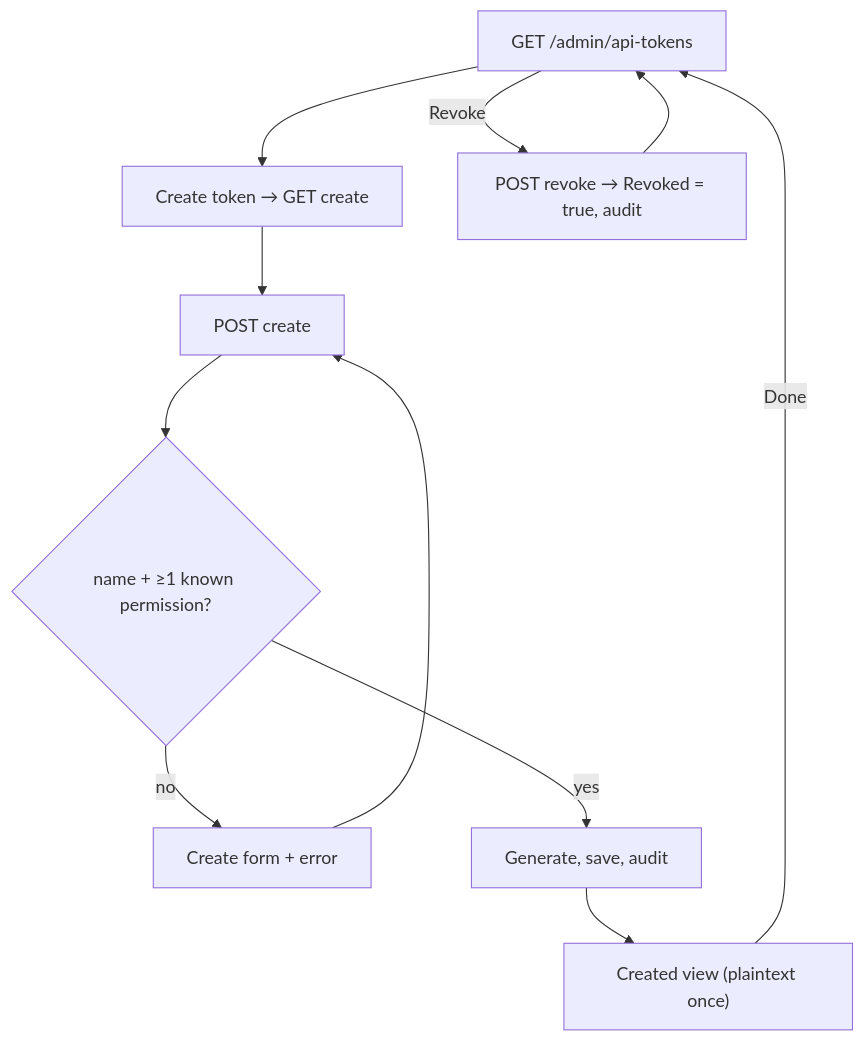
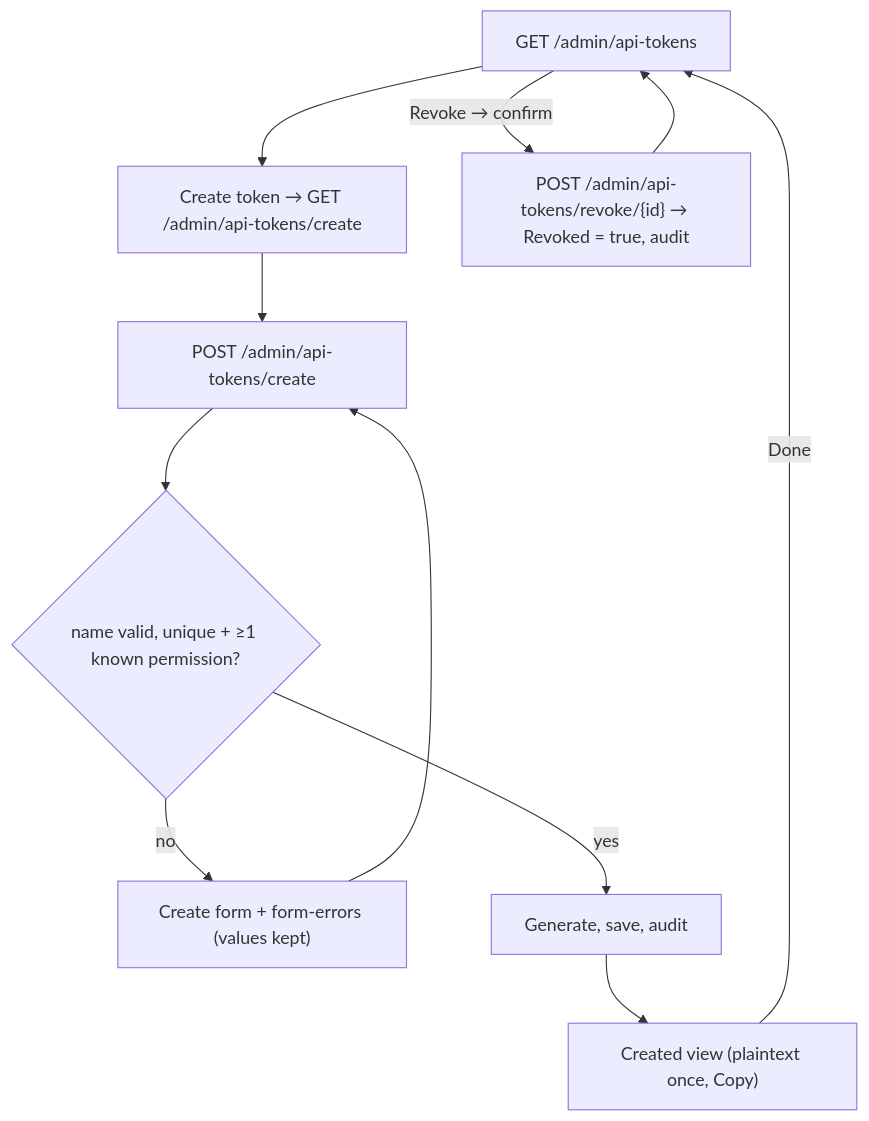
The second of 2 diagrams in .docs/pages/api-tokens.md (Albadit/DotNetForge), drawn with Mermaid before and after one commit. The commit also changed other lines of this file and 454 other files, not shown here.

````diff
--- a/.docs/pages/api-tokens.md
+++ b/.docs/pages/api-tokens.md
@@ -141,10 +210,10 @@
 ```mermaid
 flowchart TD
-    L["GET /admin/api-tokens"] --> C["Create token → GET create"]
-    C --> P[POST create]
-    P --> V{"name + ≥1 known permission?"}
-    V -- no --> C2[Create form + error] --> P
-    V -- yes --> G["Generate, save, audit"] --> K["Created view (plaintext once)"]
+    L["GET /admin/api-tokens"] --> C["Create token → GET /admin/api-tokens/create"]
+    C --> P["POST /admin/api-tokens/create"]
+    P --> V{"name valid, unique + ≥1 known permission?"}
+    V -- no --> C2["Create form + form-errors (values kept)"] --> P
+    V -- yes --> G["Generate, save, audit"] --> K["Created view (plaintext once, Copy)"]
     K -- Done --> L
-    L -- Revoke --> R["POST revoke → Revoked = true, audit"] --> L
+    L -- "Revoke → confirm" --> R["POST /admin/api-tokens/revoke/{id} → Revoked = true, audit"] --> L
 ```
````
